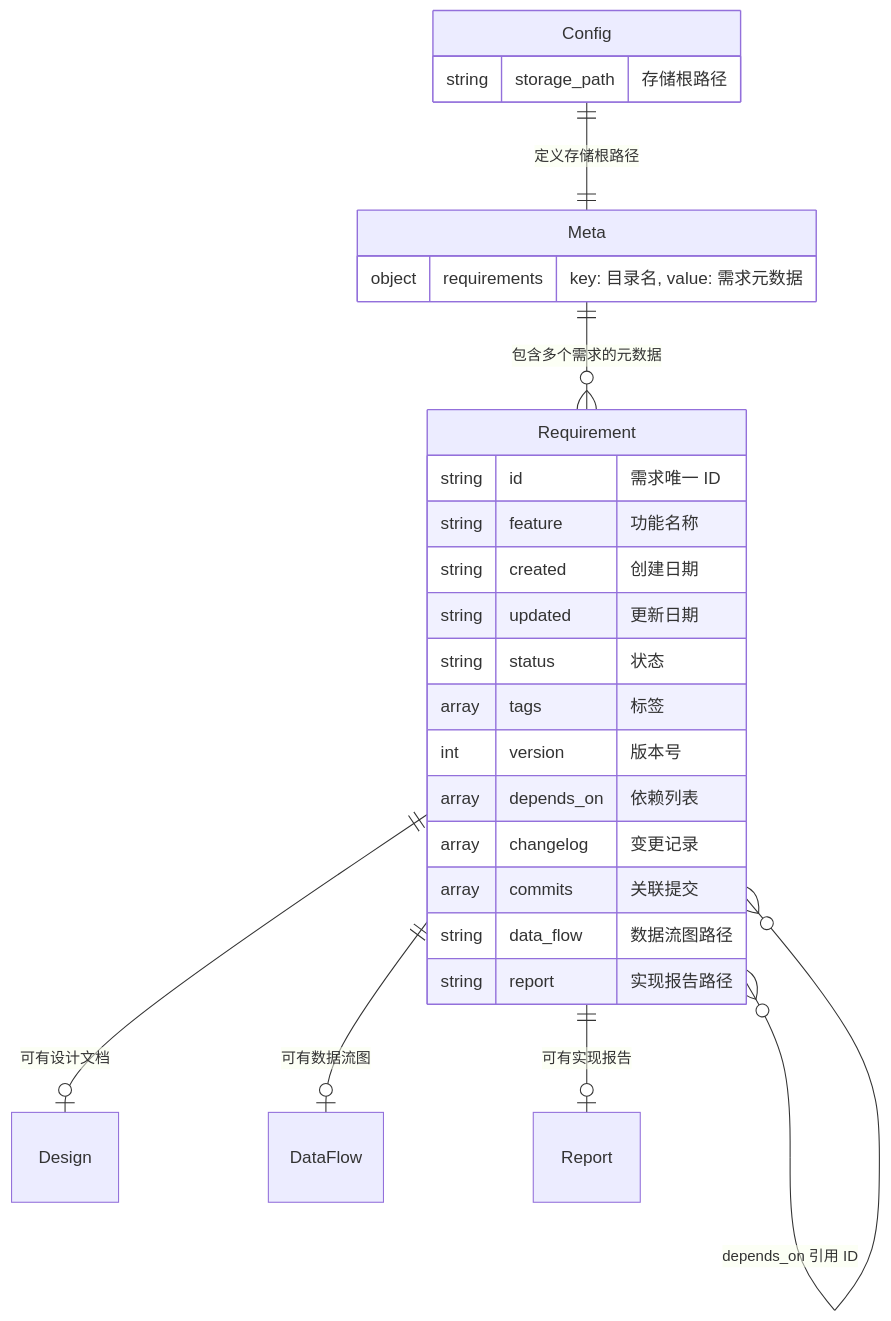
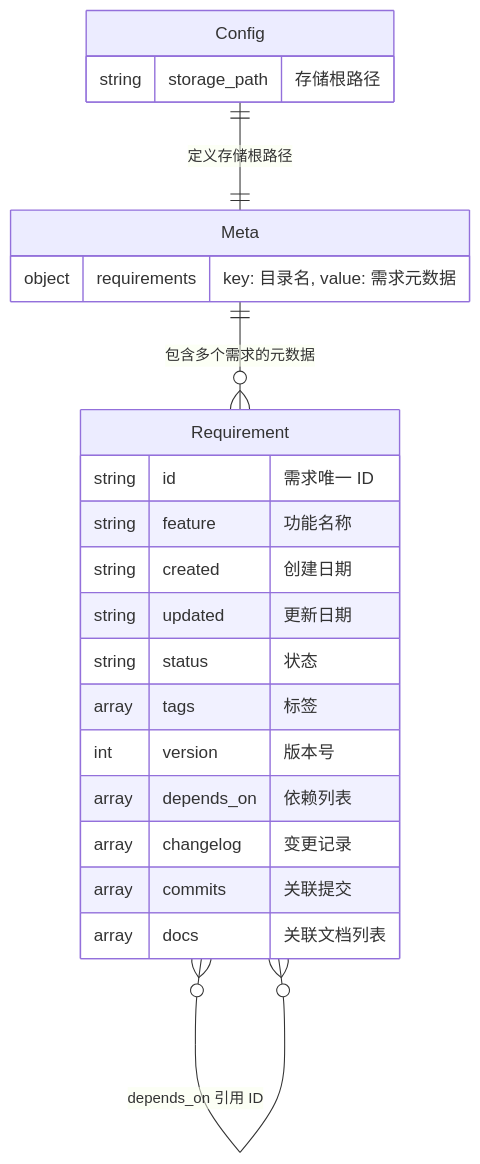
The first of 3 diagrams in .requirements/2026-06-11-requirement-management/data-flow.md (HACK-WU/skills), drawn with Mermaid before and after one commit. The commit also changed other lines of this file and 3 other files, not shown here.

````diff
--- a/.requirements/2026-06-11-requirement-management/data-flow.md
+++ b/.requirements/2026-06-11-requirement-management/data-flow.md
@@ -29,32 +29,28 @@
 ```mermaid
 erDiagram
     Config ||--|| Meta : "定义存储根路径"
     Meta ||--o{ Requirement : "包含多个需求的元数据"
-    Requirement ||--o| Design : "可有设计文档"
-    Requirement ||--o| DataFlow : "可有数据流图"
-    Requirement ||--o| Report : "可有实现报告"
     Requirement }o--o{ Requirement : "depends_on 引用 ID"
 
     Config {
         string storage_path "存储根路径"
     }
 
     Meta {
         object requirements "key: 目录名, value: 需求元数据"
     }
 
     Requirement {
         string id "需求唯一 ID"
         string feature "功能名称"
         string created "创建日期"
         string updated "更新日期"
         string status "状态"
         array tags "标签"
         int version "版本号"
         array depends_on "依赖列表"
         array changelog "变更记录"
         array commits "关联提交"
-        string data_flow "数据流图路径"
-        string report "实现报告路径"
+        array docs "关联文档列表"
     }
 ```
````
